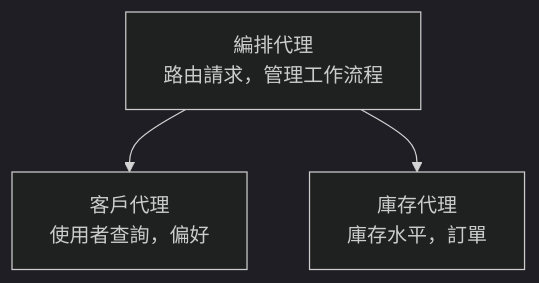
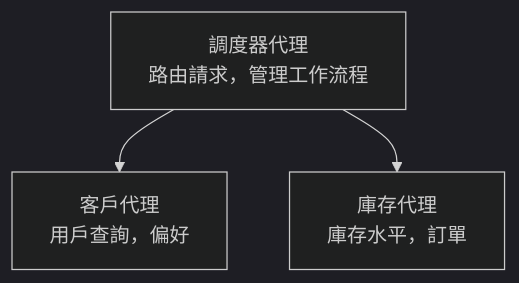
Before and after one commit to microsoft/AZD-for-beginners: the diagram in translations/zh-MO/docs/chapter-05-multi-agent/README.md, drawn with Mermaid (dark theme). The commit also changed other lines of this file and 61 other files, not shown here.

````diff
--- a/translations/zh-MO/docs/chapter-05-multi-agent/README.md
+++ b/translations/zh-MO/docs/chapter-05-multi-agent/README.md
@@ -54,5 +54,5 @@
 ```mermaid
 graph TD
-    Orchestrator[編排代理<br/>路由請求，管理工作流程] --> Customer[客戶代理<br/>使用者查詢，偏好]
+    Orchestrator[調度器代理<br/>路由請求，管理工作流程] --> Customer[客戶代理<br/>用戶查詢，偏好]
     Orchestrator --> Inventory[庫存代理<br/>庫存水平，訂單]
 ```
````
